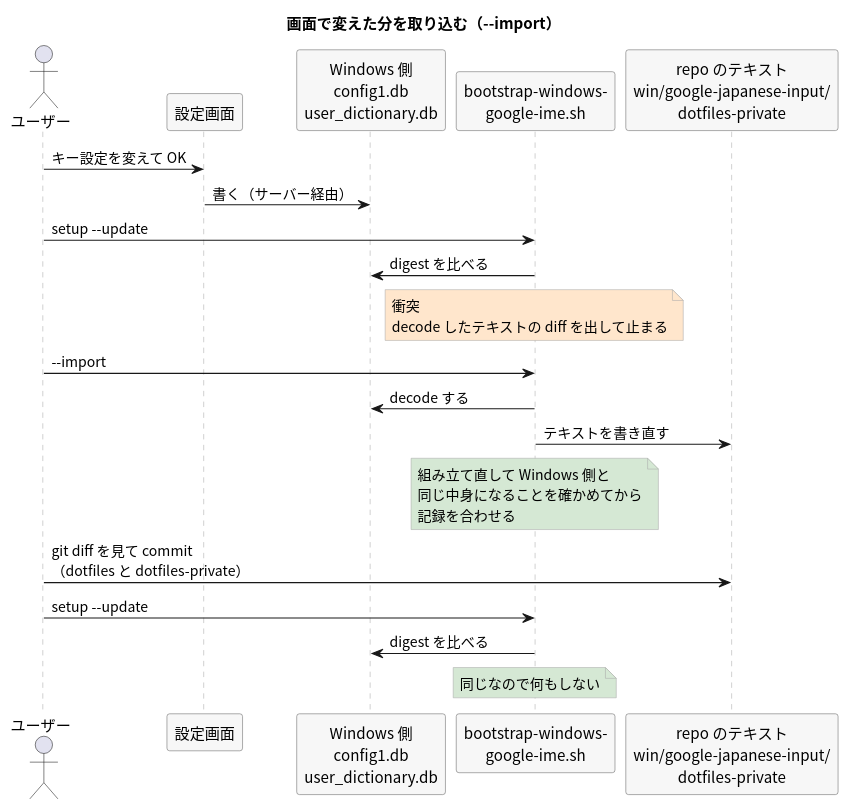
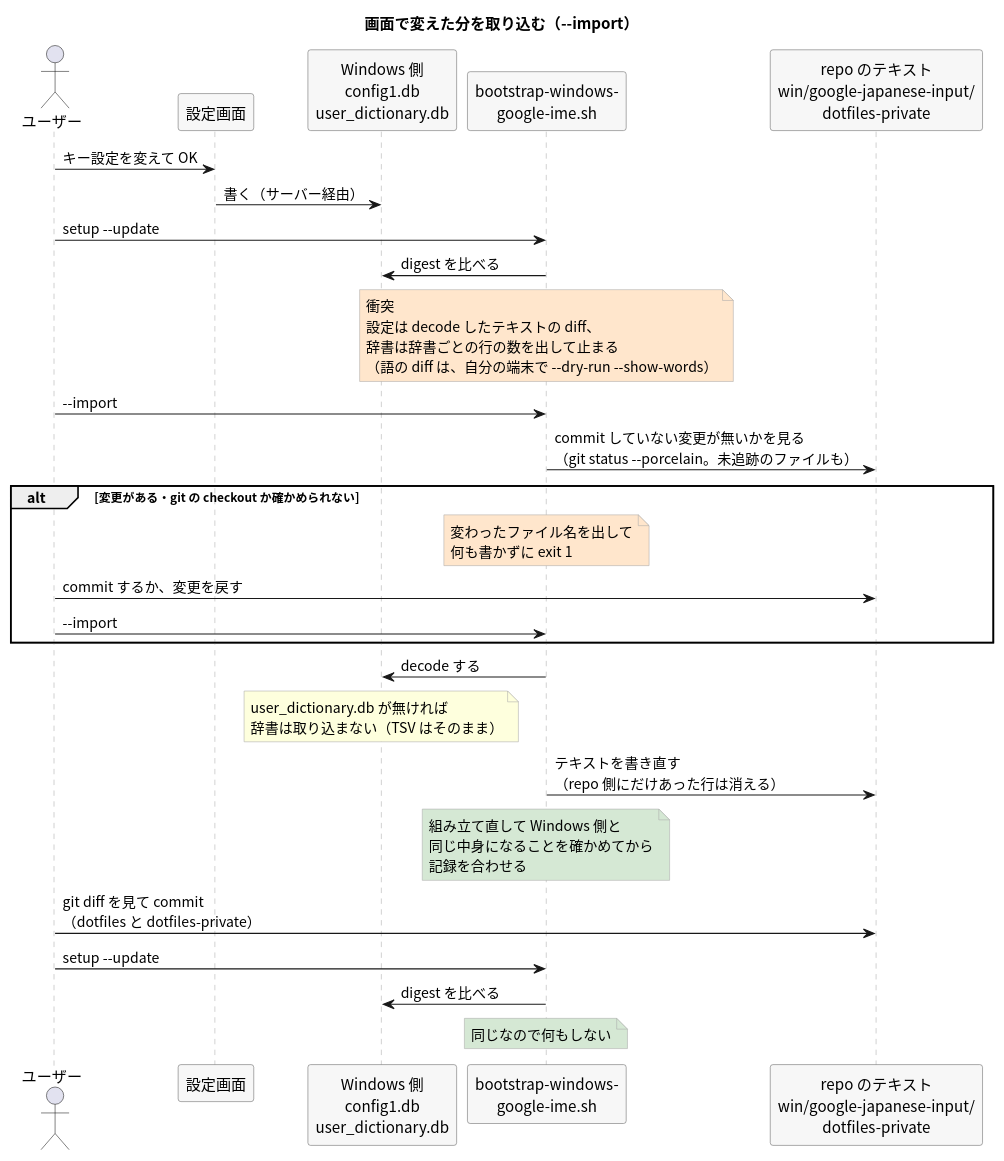
One commit to pollenjp/dotfiles changed the diagram in docs/adr/015_win_google_ime_powertoys_20261011T234247JST/plantuml/04_import.puml. Above: the diagram before and after it, drawn with PlantUML. The commit also changed 8 other files, not shown here.

```diff
--- a/docs/adr/015_win_google_ime_powertoys_20261011T234247JST/plantuml/04_import.puml
+++ b/docs/adr/015_win_google_ime_powertoys_20261011T234247JST/plantuml/04_import.puml
@@ -1,36 +1,43 @@
 @startuml
 ' 画面で変えた分を repo のテキストへ取り込む流れ。
 skinparam backgroundColor #FFFFFF
 skinparam defaultFontName "Noto Sans CJK JP"
 skinparam shadowing false
 skinparam sequence {
   ParticipantBorderColor #666666
   ParticipantBackgroundColor #F7F7F7
   LifeLineBorderColor #AAAAAA
 }
 skinparam note {
   BorderColor #AAAAAA
 }
 
 title 画面で変えた分を取り込む（--import）
 
 actor "ユーザー" as U
 participant "設定画面" as G
 participant "Windows 側\nconfig1.db\nuser_dictionary.db" as F
 participant "bootstrap-windows-\ngoogle-ime.sh" as B
 participant "repo のテキスト\nwin/google-japanese-input/\ndotfiles-private" as T
 
 U -> G : キー設定を変えて OK
 G -> F : 書く（サーバー経由）
 U -> B : setup --update
 B -> F : digest を比べる
-note over B #FFE6CC : 衝突\ndecode したテキストの diff を出して止まる
+note over B #FFE6CC : 衝突\n設定は decode したテキストの diff、\n辞書は辞書ごとの行の数を出して止まる\n（語の diff は、自分の端末で ~--dry-run ~--show-words）
 U -> B : --import
+B -> T : commit していない変更が無いかを見る\n（git status --porcelain。未追跡のファイルも）
+alt 変更がある・git の checkout か確かめられない
+  note over B #FFE6CC : 変わったファイル名を出して\n何も書かずに exit 1
+  U -> T : commit するか、変更を戻す
+  U -> B : --import
+end
 B -> F : decode する
-B -> T : テキストを書き直す
+note over F : user_dictionary.db が無ければ\n辞書は取り込まない（TSV はそのまま）
+B -> T : テキストを書き直す\n（repo 側にだけあった行は消える）
 note over B #D5E8D4 : 組み立て直して Windows 側と\n同じ中身になることを確かめてから\n記録を合わせる
 U -> T : git diff を見て commit\n（dotfiles と dotfiles-private）
 U -> B : setup --update
 B -> F : digest を比べる
 note over B #D5E8D4 : 同じなので何もしない
 @enduml
```
